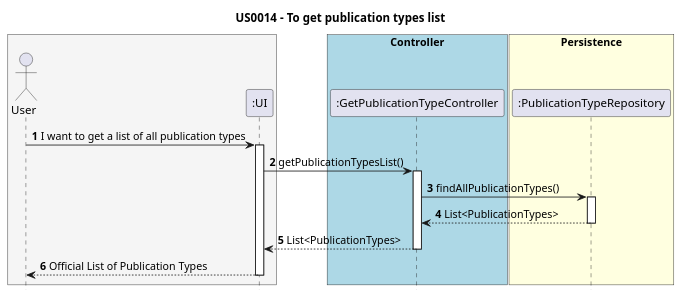
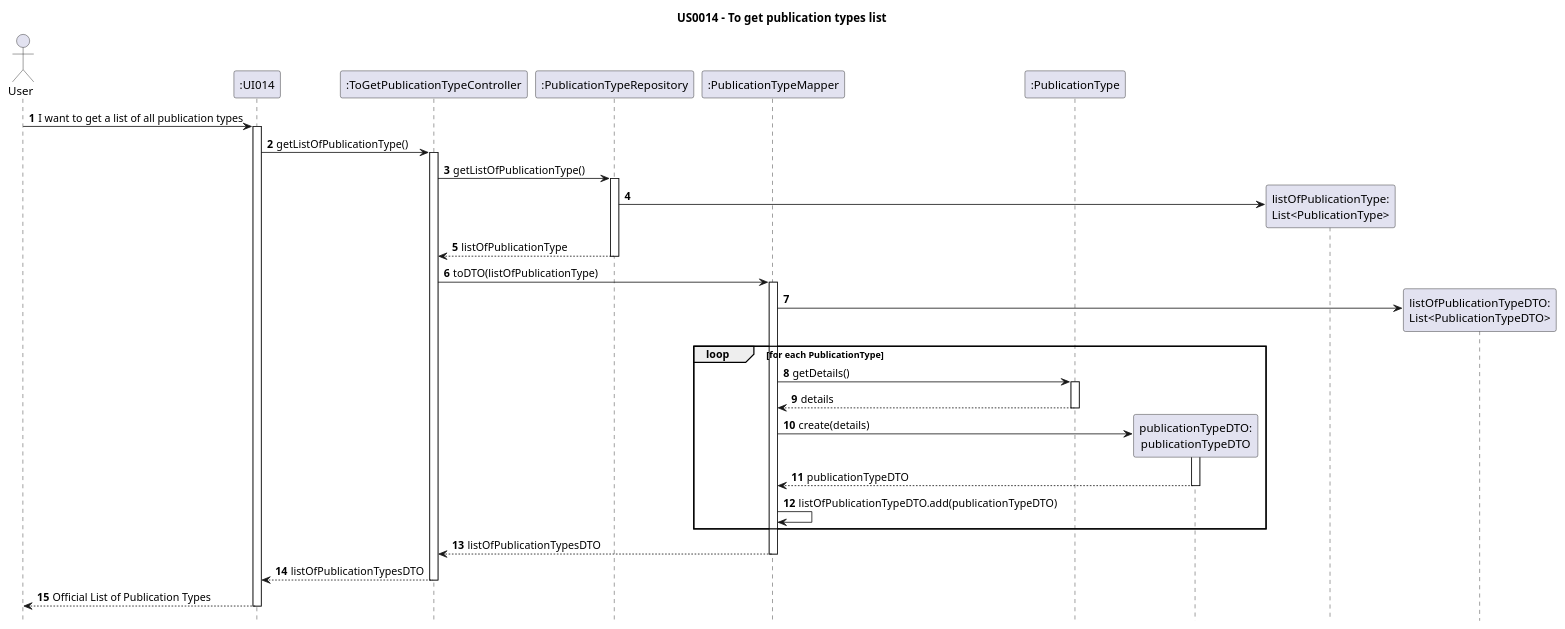
The diagram in Diagrams/SequenceDiagrams/N2/US014-to-get-publication-type-list.puml (AndrePereiraGitH/SWitCH-Project-Team_A), drawn with PlantUML before and after one commit. The commit also changed 5 other files, not shown here.

Commit message:
Working on #110, #111, #112, #113 - Fixing SD and CD and create controller for US14 @ClaudiaLamas-switch

```diff
--- a/Diagrams/SequenceDiagrams/N2/US014-to-get-publication-type-list.puml
+++ b/Diagrams/SequenceDiagrams/N2/US014-to-get-publication-type-list.puml
@@ -1,37 +1,58 @@
 @startuml
-
+autonumber
 hide footbox
 title US0014 - To get publication types list
 
-box  #WhiteSmoke
 actor User
-participant ":UI" as UI
-end box
+participant ":UI014" as UI
+participant ":ToGetPublicationTypeController" as C
+participant ":PublicationTypeRepository" as PTR
+participant ":PublicationTypeMapper" as PTM
+participant ":PublicationType" as PT
+participant "publicationTypeDTO:\npublicationTypeDTO" as DTO
 
-box "Controller" #LightBlue
-participant ":GetPublicationTypeController" as GetPublicationTypeController
-end box
 
-box "Persistence" #LightYellow
-participant ":PublicationTypeRepository" as PublicationTypeRepository
-end box
-User -> UI : **1** I want to get a list of all publication types
+User -> UI : I want to get a list of all publication types
 activate UI
 
-UI -> GetPublicationTypeController : **2** getPublicationTypesList()
-activate GetPublicationTypeController
+UI -> C : getListOfPublicationType()
+activate C
 
-GetPublicationTypeController -> PublicationTypeRepository : **3** findAllPublicationTypes()
-activate PublicationTypeRepository
+C -> PTR : getListOfPublicationType()
+activate PTR
+create "listOfPublicationType:\nList<PublicationType>" as LOPT
+PTR -> LOPT
 
-PublicationTypeRepository --> GetPublicationTypeController : **4** List<PublicationTypes>
-deactivate PublicationTypeRepository
+PTR --> C : listOfPublicationType
+deactivate PTR
 
-GetPublicationTypeController --> UI : **5** List<PublicationTypes>
-deactivate GetPublicationTypeController
+C -> PTM : toDTO(listOfPublicationType)
+activate PTM
+create "listOfPublicationTypeDTO:\nList<PublicationTypeDTO>" as lopt1
+PTM -> lopt1
 
-UI --> User : **6** Official List of Publication Types
-deactivate
+    loop for each PublicationType
+        PTM -> PT : getDetails()
+        activate PT
+        PT --> PTM : details
+        deactivate PT
+
+        PTM -> DTO ** : create(details)
+        activate DTO
+        DTO --> PTM : publicationTypeDTO
+        deactivate DTO
+
+        PTM -> PTM : listOfPublicationTypeDTO.add(publicationTypeDTO)
+    end
+
+PTM --> C :listOfPublicationTypesDTO
+deactivate PTM
+
+C --> UI : listOfPublicationTypesDTO
+deactivate C
+
+UI --> User : Official List of Publication Types
+deactivate UI
 
 
 @enduml
```
